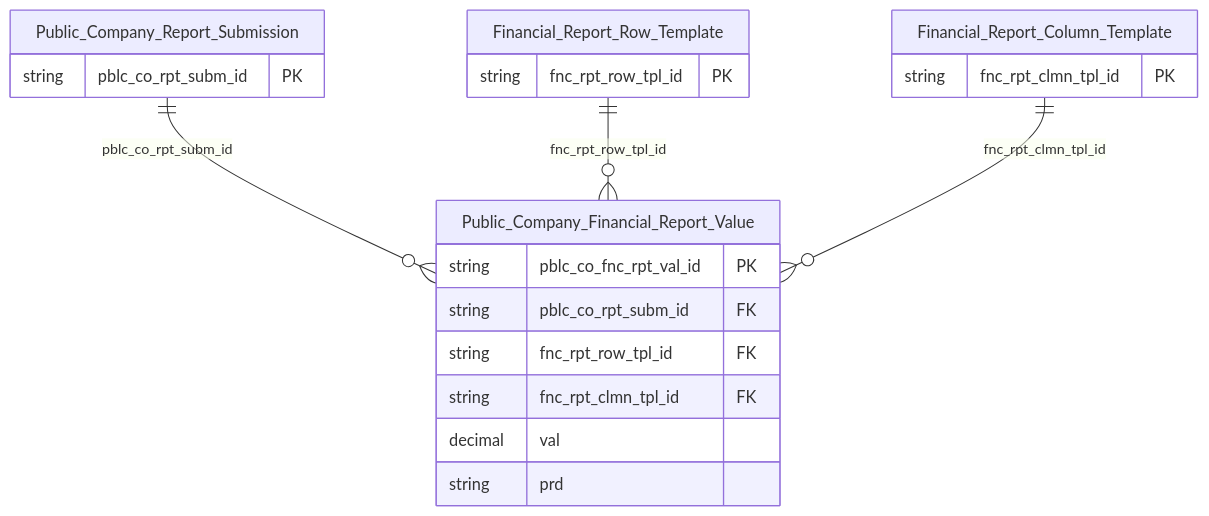
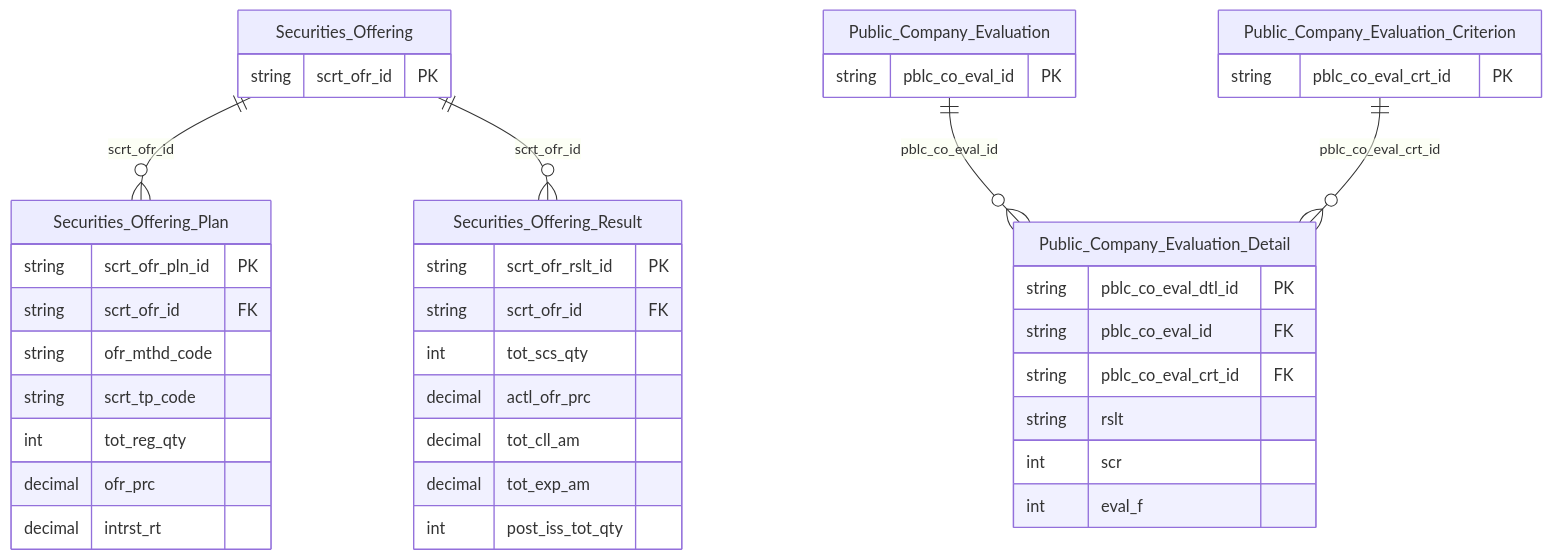
Before and after one commit to linhlvit/ubck_atomic_design: the second of 2 diagrams in DataModel/working/Atomic/hld/IDS_HLD_Tier4.md, drawn with Mermaid. The commit also changed other lines of this file and 4 other files, not shown here.

````diff
--- a/DataModel/working/Atomic/hld/IDS_HLD_Tier4.md
+++ b/DataModel/working/Atomic/hld/IDS_HLD_Tier4.md
@@ -58,27 +78,46 @@
 ```mermaid
 erDiagram
-    Public_Company_Report_Submission {
-        string pblc_co_rpt_subm_id PK
+    Securities_Offering {
+        string scrt_ofr_id PK
+    }
+    Public_Company_Evaluation {
+        string pblc_co_eval_id PK
+    }
+    Public_Company_Evaluation_Criterion {
+        string pblc_co_eval_crt_id PK
     }
 
-    Financial_Report_Row_Template {
-        string fnc_rpt_row_tpl_id PK
+    Securities_Offering_Plan {
+        string scrt_ofr_pln_id PK
+        string scrt_ofr_id FK
+        string ofr_mthd_code
+        string scrt_tp_code
+        int tot_reg_qty
+        decimal ofr_prc
+        decimal intrst_rt
     }
 
-    Financial_Report_Column_Template {
-        string fnc_rpt_clmn_tpl_id PK
+    Securities_Offering_Result {
+        string scrt_ofr_rslt_id PK
+        string scrt_ofr_id FK
+        int tot_scs_qty
+        decimal actl_ofr_prc
+        decimal tot_cll_am
+        decimal tot_exp_am
+        int post_iss_tot_qty
     }
 
-    Public_Company_Financial_Report_Value {
-        string pblc_co_fnc_rpt_val_id PK
-        string pblc_co_rpt_subm_id FK
-        string fnc_rpt_row_tpl_id FK
-        string fnc_rpt_clmn_tpl_id FK
-        decimal val
-        string prd
+    Public_Company_Evaluation_Detail {
+        string pblc_co_eval_dtl_id PK
+        string pblc_co_eval_id FK
+        string pblc_co_eval_crt_id FK
+        string rslt
+        int scr
+        int eval_f
     }
 
-    Public_Company_Report_Submission ||--o{ Public_Company_Financial_Report_Value : "pblc_co_rpt_subm_id"
-    Financial_Report_Row_Template ||--o{ Public_Company_Financial_Report_Value : "fnc_rpt_row_tpl_id"
-    Financial_Report_Column_Template ||--o{ Public_Company_Financial_Report_Value : "fnc_rpt_clmn_tpl_id"
+    Securities_Offering ||--o{ Securities_Offering_Plan : "scrt_ofr_id"
+    Securities_Offering ||--o{ Securities_Offering_Result : "scrt_ofr_id"
+    Public_Company_Evaluation ||--o{ Public_Company_Evaluation_Detail : "pblc_co_eval_id"
+    Public_Company_Evaluation_Criterion ||--o{ Public_Company_Evaluation_Detail : "pblc_co_eval_crt_id"
 ```
````
